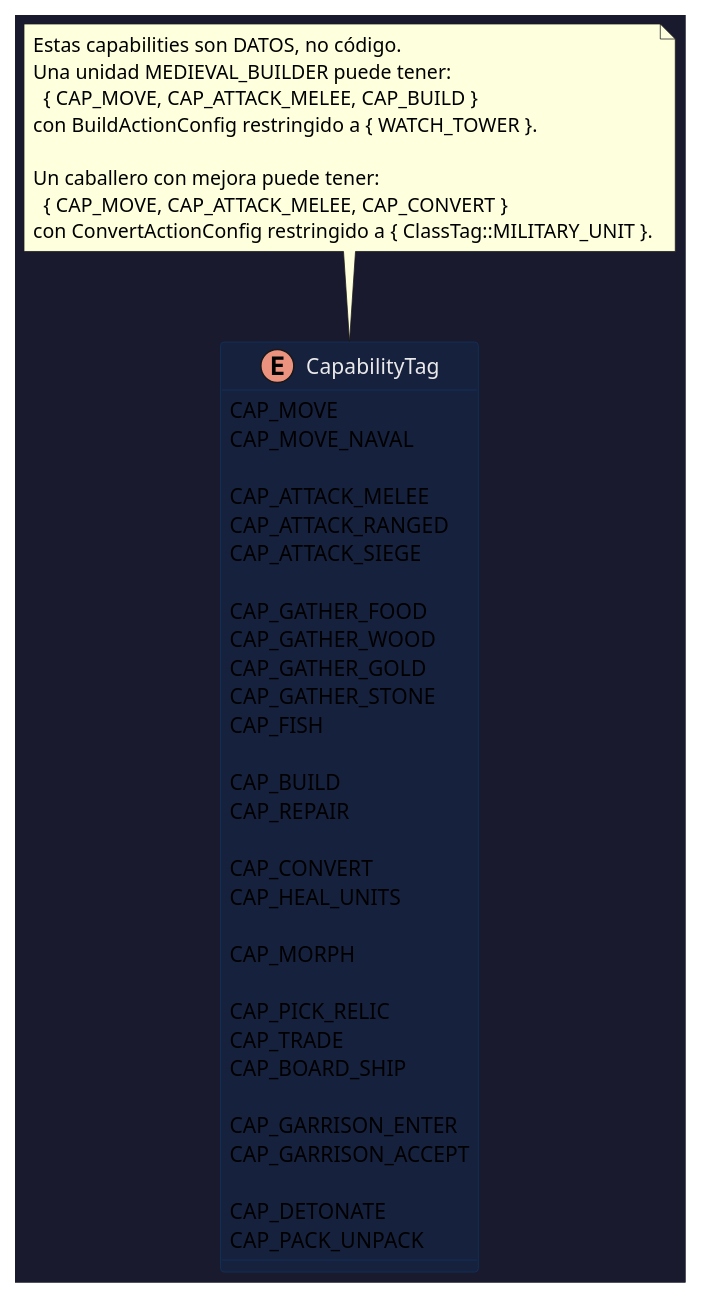
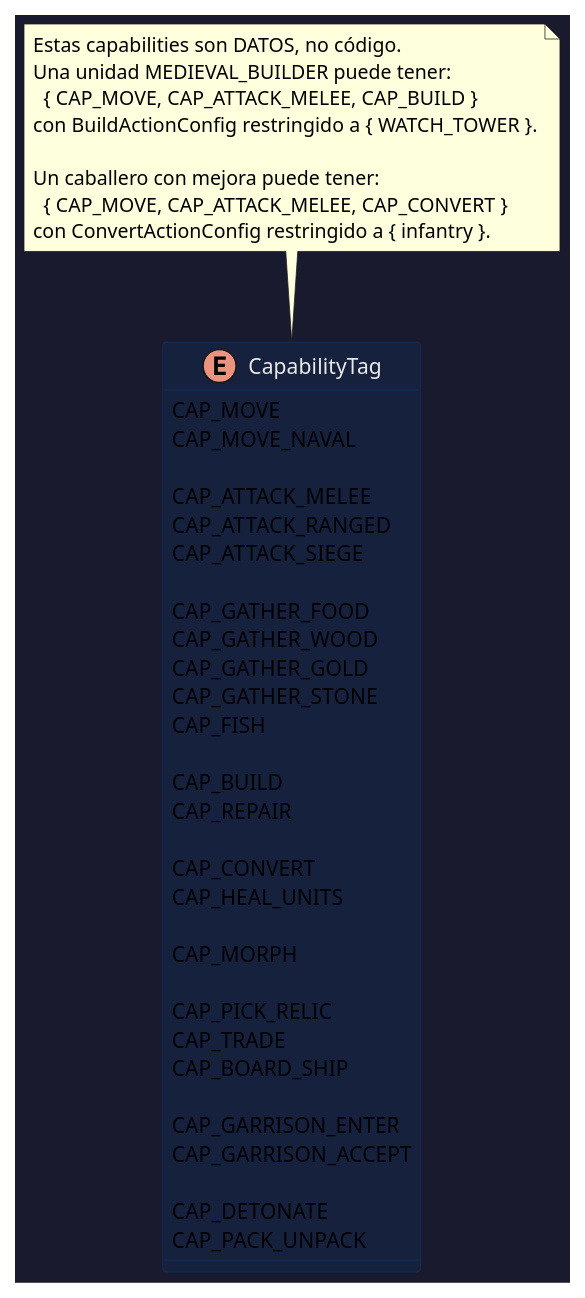
Before and after one commit to imanih-code/aoe-clone: the first of 9 diagrams in mutability.md, drawn with PlantUML. The commit also changed other lines of this file and 3 other files, not shown here.

First line of the commit message:
docs: revise design for a C++20/SFML 3 build and add roadmap

````diff
--- a/mutability.md
+++ b/mutability.md
@@ -20,77 +24,77 @@
 ```plantuml
 @startuml Capabilities
 skinparam backgroundColor #1a1a2e
 skinparam classBackgroundColor #16213e
 skinparam classBorderColor #0f3460
 skinparam classArrowColor #e94560
 skinparam classFontColor #eaeaea
 skinparam enumBackgroundColor #0f3460
 
 enum CapabilityTag {
   ' ── Movimiento ──────────────────────────────────────────
   CAP_MOVE
   ' Mover por tierra. Las torres no lo tienen.
   CAP_MOVE_NAVAL
   ' Mover por agua.
 
   ' ── Combate ──────────────────────────────────────────────
   CAP_ATTACK_MELEE
   CAP_ATTACK_RANGED
   CAP_ATTACK_SIEGE
   ' Una unidad puede tener varios tipos de ataque.
 
   ' ── Recolección ──────────────────────────────────────────
   CAP_GATHER_FOOD
   CAP_GATHER_WOOD
   CAP_GATHER_GOLD
   CAP_GATHER_STONE
   CAP_FISH
 
   ' ── Construcción / Reparación ────────────────────────────
   CAP_BUILD
   ' Qué puede construir lo define BuildActionConfig.
   CAP_REPAIR
 
   ' ── Conversión / Curación ────────────────────────────────
   CAP_CONVERT
   ' Qué puede convertir lo define ConvertActionConfig.
   CAP_HEAL_UNITS
   ' Solo monjes/sanadores. Qué puede sanar: HealActionConfig.
 
   ' ── Transformación ───────────────────────────────────────
   CAP_MORPH
   ' En qué se transforma: MorphActionConfig.
   ' Puede consumir la unidad original (sacrificio).
 
   ' ── Interacción con el mundo ─────────────────────────────
   CAP_PICK_RELIC
   CAP_TRADE
   CAP_BOARD_SHIP
   ' Puede subirse a un barco de transporte.
 
   ' ── Garrisón ─────────────────────────────────────────────
   CAP_GARRISON_ENTER
   ' Puede entrar en una estructura.
   CAP_GARRISON_ACCEPT
   ' Puede recibir unidades dentro (edificios/barcos).
 
   ' ── Especiales ───────────────────────────────────────────
   CAP_DETONATE
   ' Petardo: se destruye causando daño en área.
   CAP_PACK_UNPACK
   ' Trebuchet: alterna entre modo pack y deploy.
 }
 
 note top of CapabilityTag
   Estas capabilities son DATOS, no código.
   Una unidad MEDIEVAL_BUILDER puede tener:
     { CAP_MOVE, CAP_ATTACK_MELEE, CAP_BUILD }
   con BuildActionConfig restringido a { WATCH_TOWER }.
 
   Un caballero con mejora puede tener:
     { CAP_MOVE, CAP_ATTACK_MELEE, CAP_CONVERT }
-  con ConvertActionConfig restringido a { ClassTag::MILITARY_UNIT }.
+  con ConvertActionConfig restringido a { infantry }.
 end note
 
 @enduml
 ```
````
